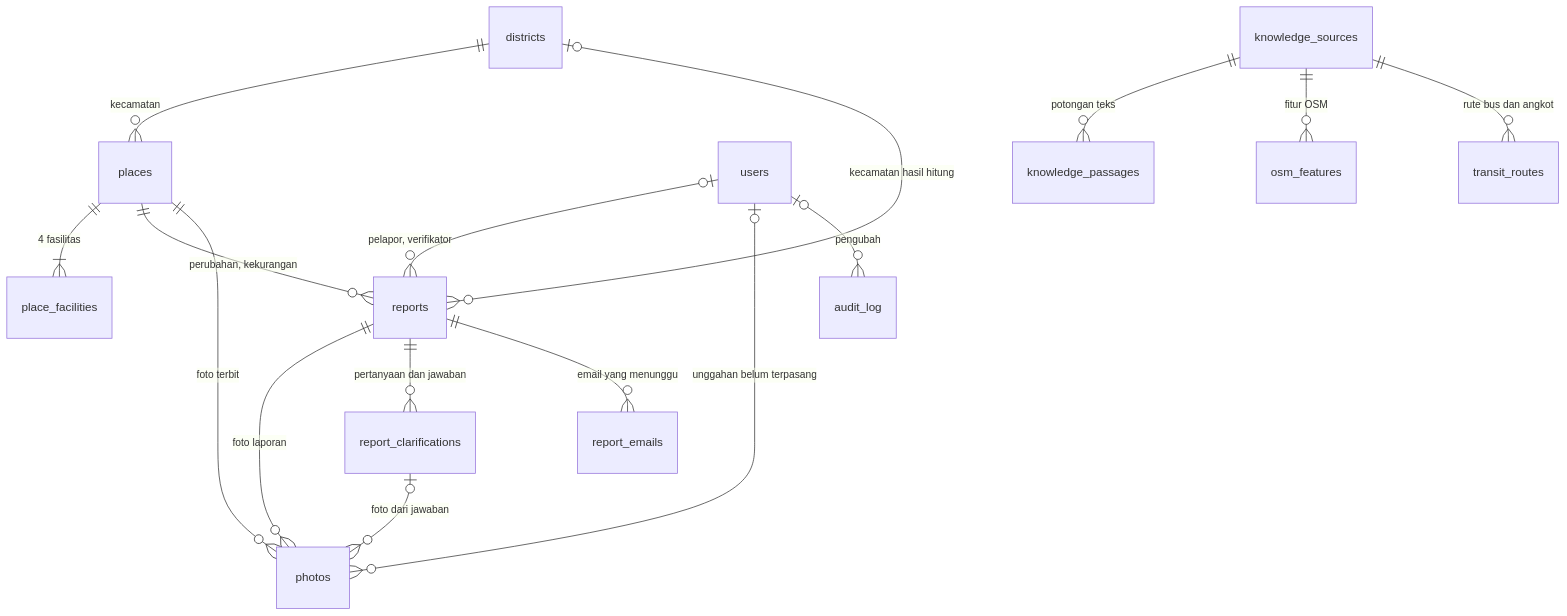
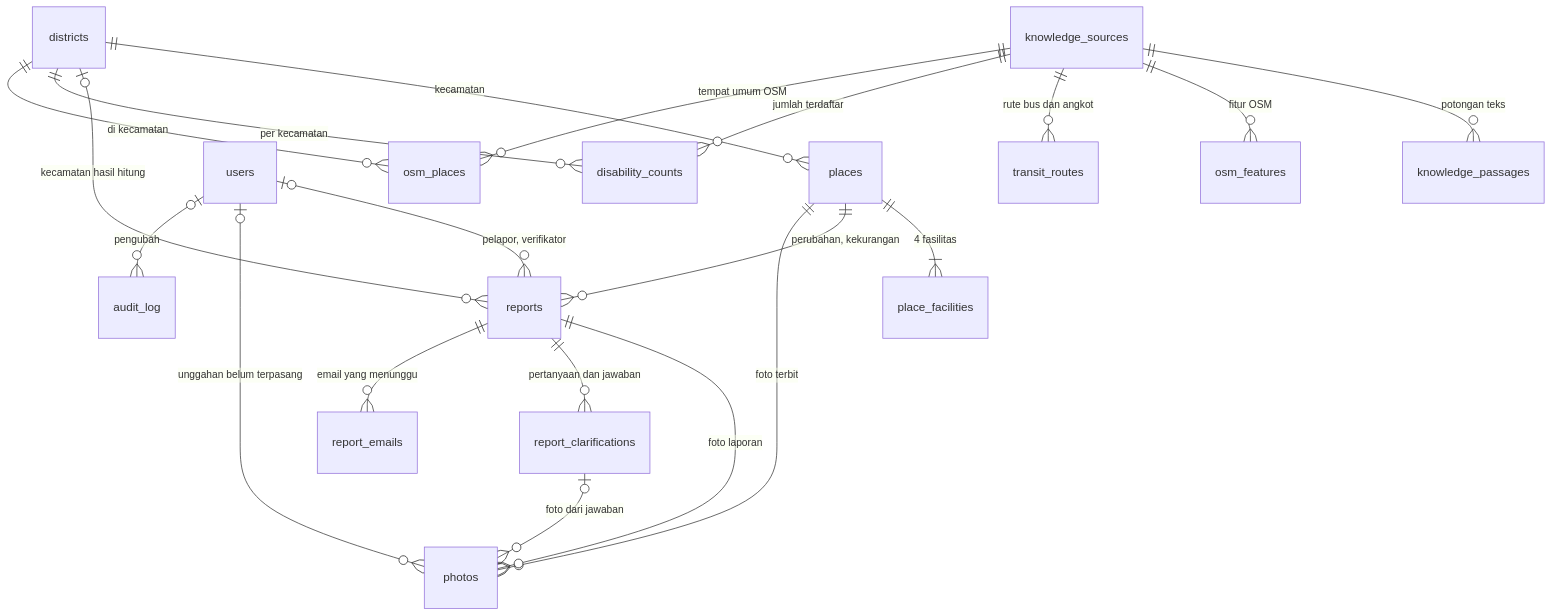
One commit to al-dioooo/akses-bogor-api changed the third of 3 diagrams in docs/arsitektur.md. Above: the diagram before and after it, drawn with Mermaid. The commit also changed other lines of this file and 10 other files, not shown here.

````diff
--- a/docs/arsitektur.md
+++ b/docs/arsitektur.md
@@ -39,18 +39,22 @@
 ```mermaid
 erDiagram
   districts ||--o{ places : "kecamatan"
   places ||--|{ place_facilities : "4 fasilitas"
   places ||--o{ reports : "perubahan, kekurangan"
   places ||--o{ photos : "foto terbit"
   reports ||--o{ photos : "foto laporan"
   users |o--o{ reports : "pelapor, verifikator"
   users |o--o{ photos : "unggahan belum terpasang"
   districts |o--o{ reports : "kecamatan hasil hitung"
   users |o--o{ audit_log : "pengubah"
   reports ||--o{ report_clarifications : "pertanyaan dan jawaban"
   report_clarifications |o--o{ photos : "foto dari jawaban"
   reports ||--o{ report_emails : "email yang menunggu"
   knowledge_sources ||--o{ knowledge_passages : "potongan teks"
   knowledge_sources ||--o{ osm_features : "fitur OSM"
   knowledge_sources ||--o{ transit_routes : "rute bus dan angkot"
+  knowledge_sources ||--o{ disability_counts : "jumlah terdaftar"
+  knowledge_sources ||--o{ osm_places : "tempat umum OSM"
+  districts ||--o{ disability_counts : "per kecamatan"
+  districts ||--o{ osm_places : "di kecamatan"
 ```
````
